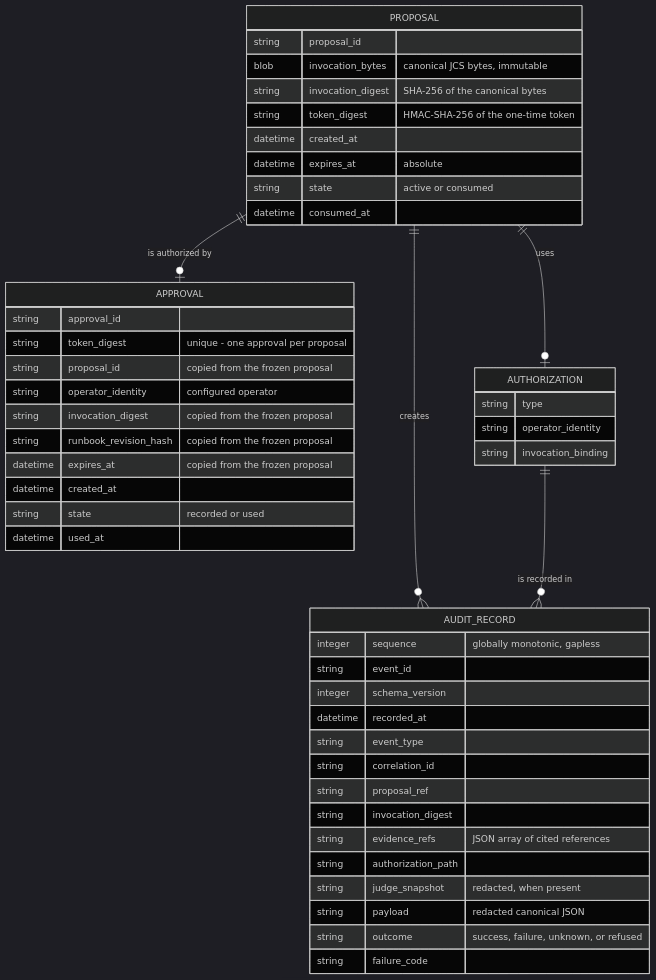
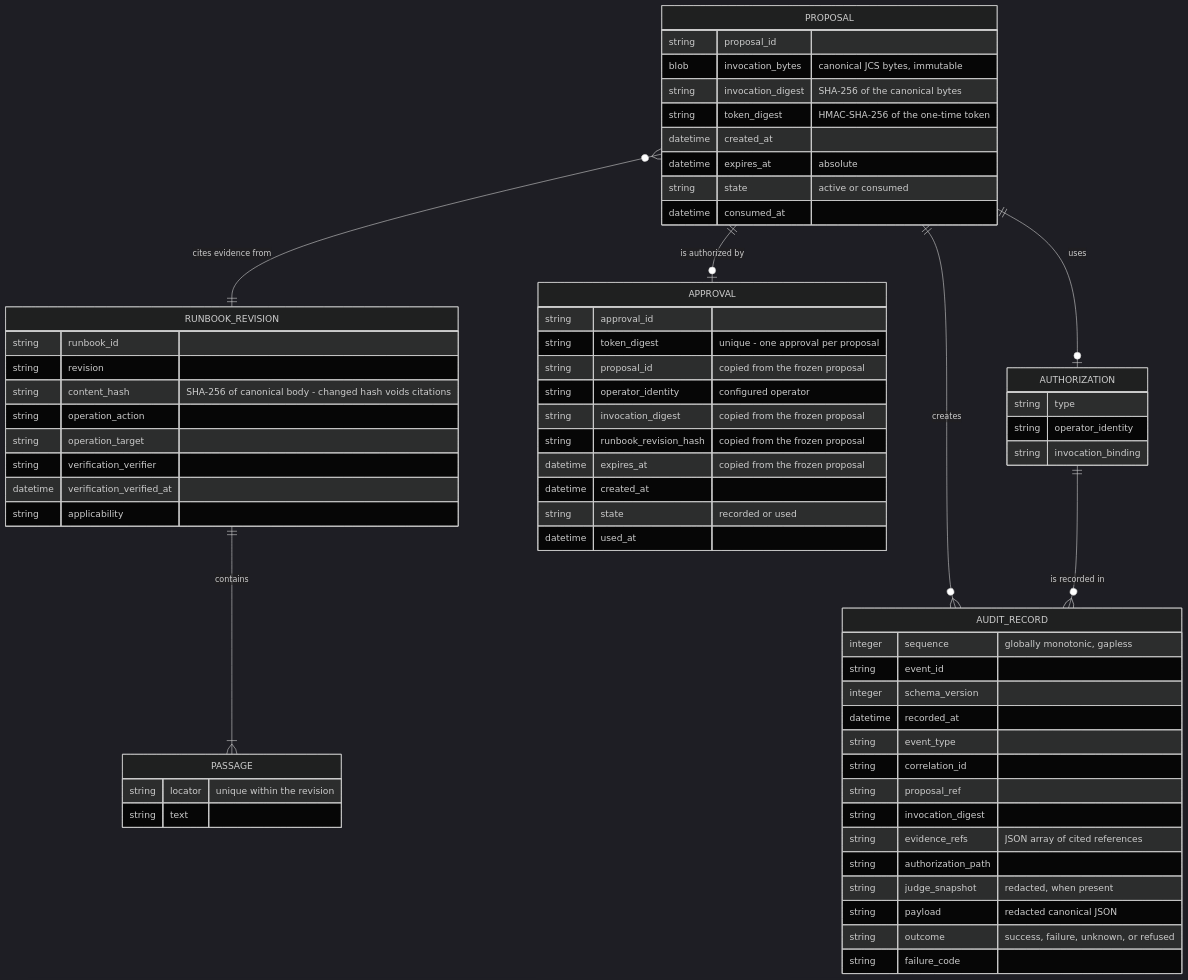
The second of 2 diagrams in docs/architecture.md (alanfong93/ops-guard), drawn with Mermaid (dark theme) before and after one commit. The commit also changed other lines of this file and 10 other files, not shown here.

First line of the commit message:
feat: human-verified runbook evidence contract (#8)

````diff
--- a/docs/architecture.md
+++ b/docs/architecture.md
@@ -28,50 +28,66 @@
 ```mermaid
 erDiagram
+    RUNBOOK_REVISION ||--|{ PASSAGE : "contains"
+    PROPOSAL }o--|| RUNBOOK_REVISION : "cites evidence from"
     PROPOSAL ||--o| APPROVAL : "is authorized by"
     PROPOSAL ||--o| AUTHORIZATION : "uses"
     PROPOSAL ||--o{ AUDIT_RECORD : "creates"
     AUTHORIZATION ||--o{ AUDIT_RECORD : "is recorded in"
+    RUNBOOK_REVISION {
+        string runbook_id
+        string revision
+        string content_hash "SHA-256 of canonical body - changed hash voids citations"
+        string operation_action
+        string operation_target
+        string verification_verifier
+        datetime verification_verified_at
+        string applicability
+    }
+    PASSAGE {
+        string locator "unique within the revision"
+        string text
+    }
     PROPOSAL {
         string proposal_id
         blob invocation_bytes "canonical JCS bytes, immutable"
         string invocation_digest "SHA-256 of the canonical bytes"
         string token_digest "HMAC-SHA-256 of the one-time token"
         datetime created_at
         datetime expires_at "absolute"
         string state "active or consumed"
         datetime consumed_at
     }
     APPROVAL {
         string approval_id
         string token_digest "unique - one approval per proposal"
         string proposal_id "copied from the frozen proposal"
         string operator_identity "configured operator"
         string invocation_digest "copied from the frozen proposal"
         string runbook_revision_hash "copied from the frozen proposal"
         datetime expires_at "copied from the frozen proposal"
         datetime created_at
         string state "recorded or used"
         datetime used_at
     }
     AUTHORIZATION {
         string type
         string operator_identity
         string invocation_binding
     }
     AUDIT_RECORD {
         integer sequence "globally monotonic, gapless"
         string event_id
         integer schema_version
         datetime recorded_at
         string event_type
         string correlation_id
         string proposal_ref
         string invocation_digest
         string evidence_refs "JSON array of cited references"
         string authorization_path
         string judge_snapshot "redacted, when present"
         string payload "redacted canonical JSON"
         string outcome "success, failure, unknown, or refused"
         string failure_code
     }
 ```
````
